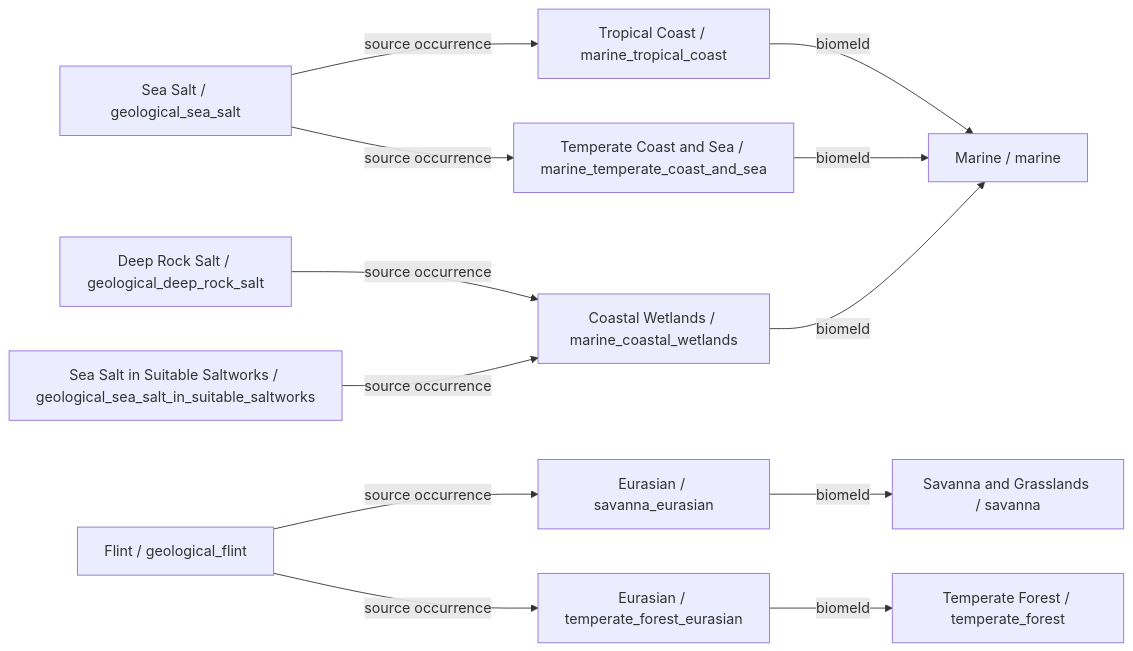
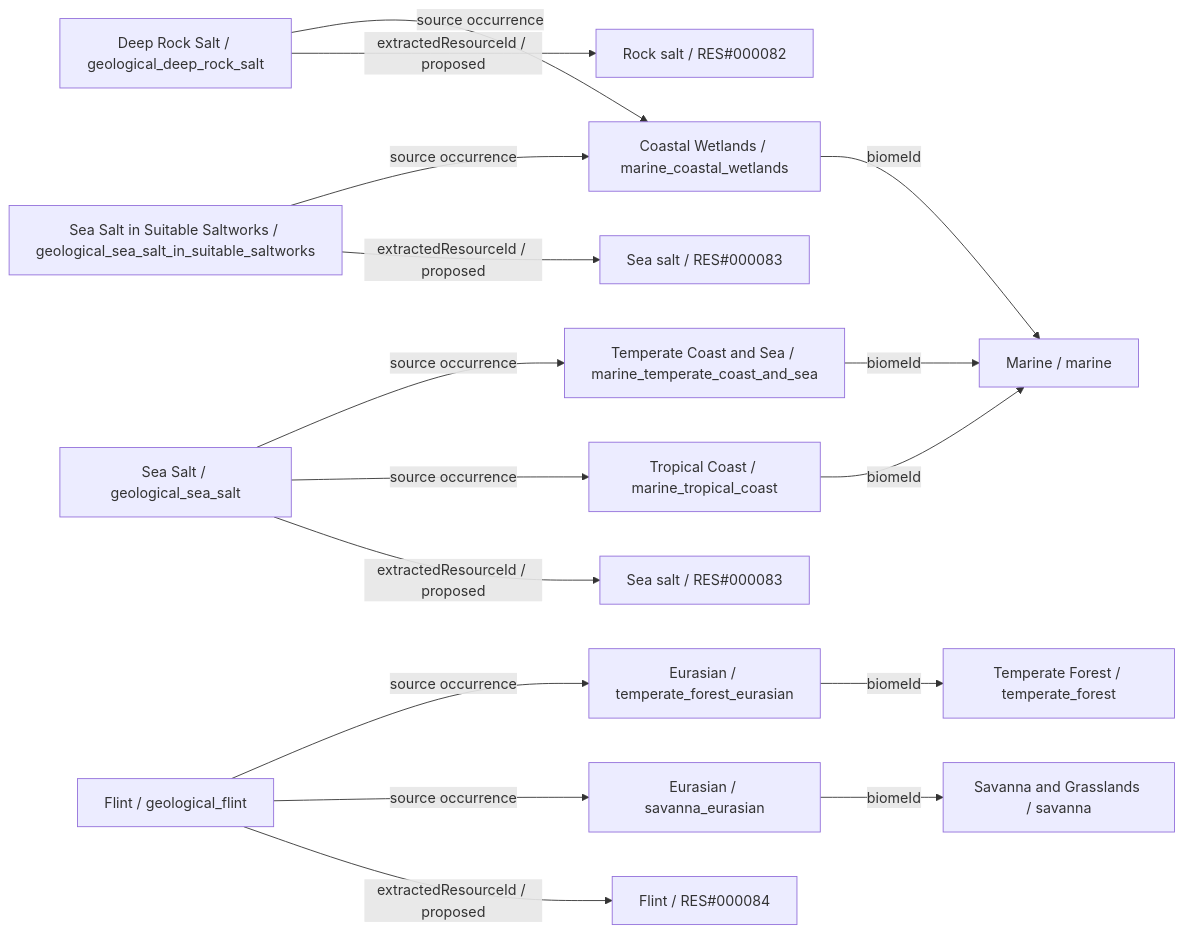
Diagram 13 of 15 in data/minerals/DIAGRAMS.md (fgabo404/EvolveDoc), drawn with Mermaid before and after one commit. The commit also changed other lines of this file and 50 other files, not shown here.

````diff
--- a/data/minerals/DIAGRAMS.md
+++ b/data/minerals/DIAGRAMS.md
@@ -740,26 +836,34 @@
 ```mermaid
 flowchart LR
     c0["Deep Rock Salt / geological_deep_rock_salt"]
     v22["Coastal Wetlands / marine_coastal_wetlands"]
     b5["Marine / marine"]
+    r0["Rock salt / RES#000082"]
     c1["Sea Salt / geological_sea_salt"]
     v19["Tropical Coast / marine_tropical_coast"]
     v20["Temperate Coast and Sea / marine_temperate_coast_and_sea"]
+    r1["Sea salt / RES#000083"]
     c2["Sea Salt in Suitable Saltworks / geological_sea_salt_in_suitable_saltworks"]
+    r2["Sea salt / RES#000083"]
     c3["Flint / geological_flint"]
     v4["Eurasian / temperate_forest_eurasian"]
     b1["Temperate Forest / temperate_forest"]
     v13["Eurasian / savanna_eurasian"]
     b3["Savanna and Grasslands / savanna"]
+    r3["Flint / RES#000084"]
+    c0 -->|extractedResourceId / proposed| r0
     c0 -->|source occurrence| v22
+    c1 -->|extractedResourceId / proposed| r1
     c1 -->|source occurrence| v19
     c1 -->|source occurrence| v20
+    c2 -->|extractedResourceId / proposed| r2
     c2 -->|source occurrence| v22
+    c3 -->|extractedResourceId / proposed| r3
     c3 -->|source occurrence| v13
     c3 -->|source occurrence| v4
     v13 -->|biomeId| b3
     v19 -->|biomeId| b5
     v20 -->|biomeId| b5
     v22 -->|biomeId| b5
     v4 -->|biomeId| b1
 ```
````
